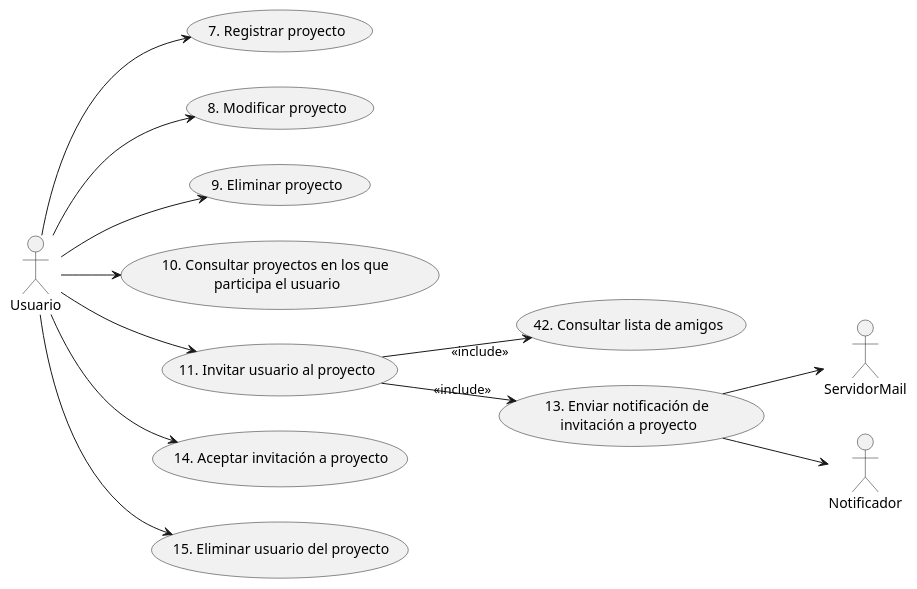
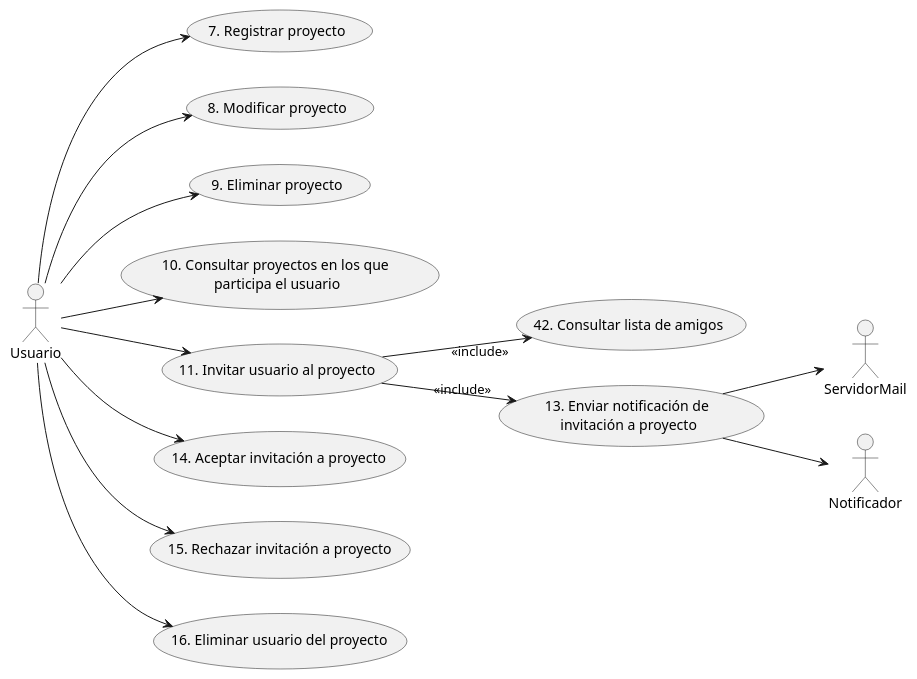
One commit to ciggyx/Task_Flow changed the second of 8 diagrams in Modelado/DiagramasCU.plantuml. Above: the diagram before and after it, drawn with PlantUML. The commit also changed other lines of this file and 1 other file, not shown here.

Commit message:
chore(diagrama-cu): actualizado los cu + diagrama de estados de amistad

```diff
--- a/Modelado/DiagramasCU.plantuml
+++ b/Modelado/DiagramasCU.plantuml
@@ -24,18 +24,19 @@
 @startuml CU_Gestion_Proyectos
 left to right direction
 actor :Usuario: as U
 actor :ServidorMail: as ES
 actor :Notificador: as N
 
 U --> (7. Registrar proyecto)
 U --> (8. Modificar proyecto)
 U --> (9. Eliminar proyecto)
 U --> (10. Consultar proyectos en los que \nparticipa el usuario)
 U --> (11. Invitar usuario al proyecto)
 (11. Invitar usuario al proyecto) --> "<<include>>" (42. Consultar lista de amigos)
 (11. Invitar usuario al proyecto) --> "<<include>>" (13. Enviar notificación de \ninvitación a proyecto)
 (13. Enviar notificación de \ninvitación a proyecto) --> N
 (13. Enviar notificación de \ninvitación a proyecto) --> ES
-U --> ( 14. Aceptar invitación a proyecto)
-U --> ( 15. Eliminar usuario del proyecto)
+U --> (14. Aceptar invitación a proyecto)
+U --> (15. Rechazar invitación a proyecto)
+U --> (16. Eliminar usuario del proyecto)
 @enduml
```
